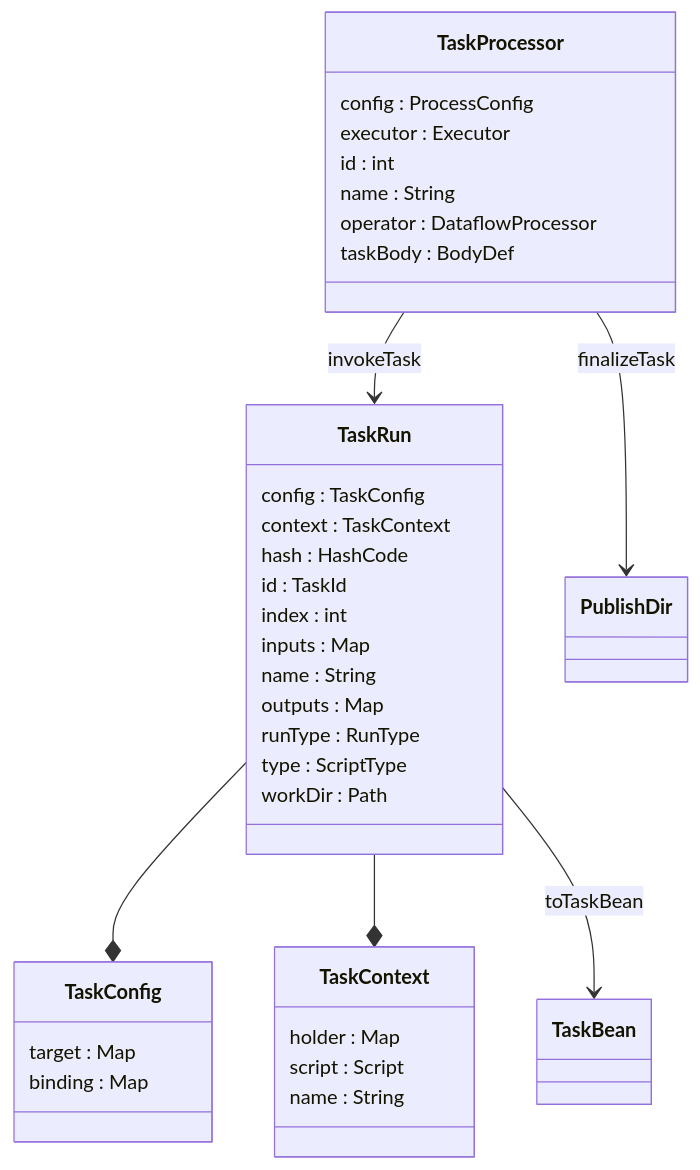
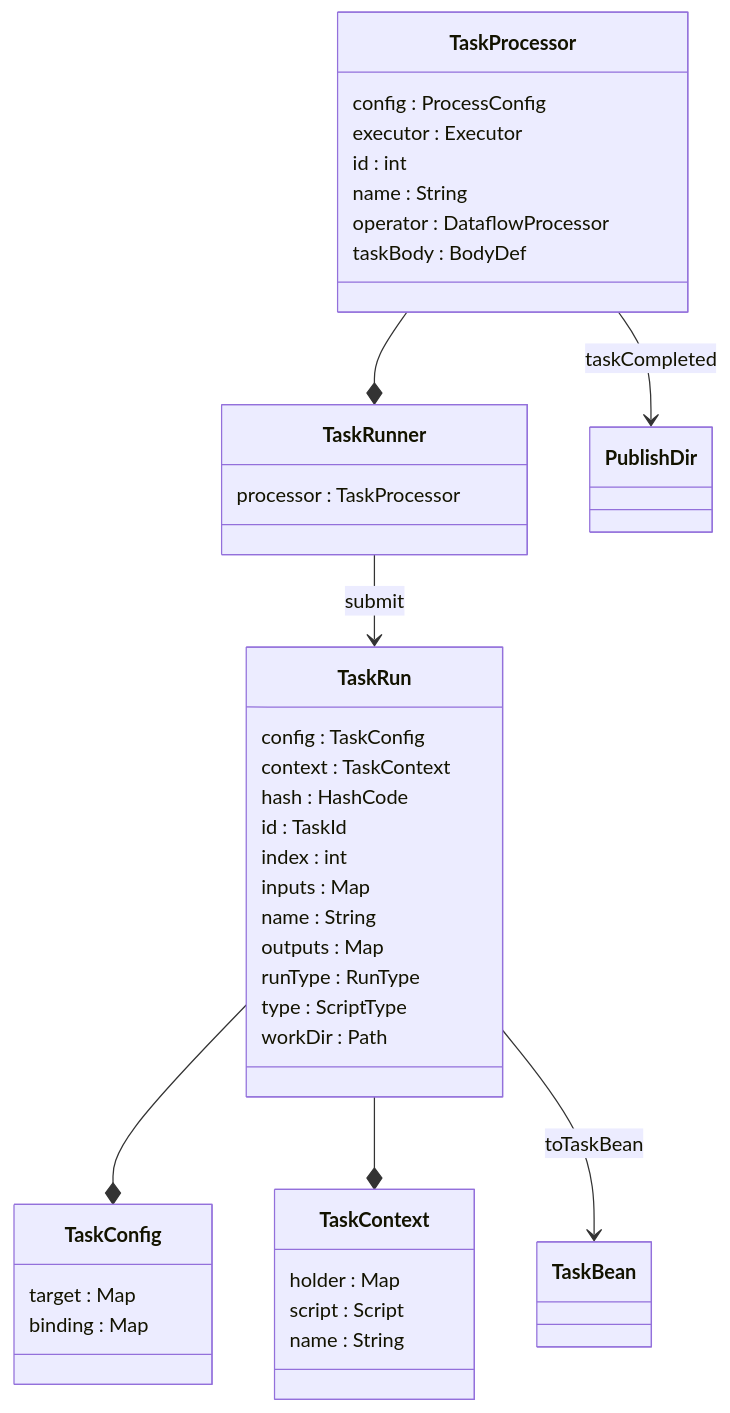
The diagram in docs/developer/diagrams/nextflow.processor.mmd (nextflow-io/nextflow), drawn with Mermaid before and after one commit. The commit also changed 8 other files, not shown here.

```diff
--- a/docs/developer/diagrams/nextflow.processor.mmd
+++ b/docs/developer/diagrams/nextflow.processor.mmd
@@ -1,44 +1,49 @@
 classDiagram
     %%
     %% nextflow.processor
     %%
     %% ProcessDef --> TaskProcessor : run
 
     class TaskProcessor {
         config : ProcessConfig
         executor : Executor
         id : int
         name : String
         operator : DataflowProcessor
         taskBody : BodyDef
     }
-    TaskProcessor --> TaskRun : invokeTask
-    TaskProcessor --> PublishDir : finalizeTask
+    TaskProcessor --* TaskRunner
+    TaskProcessor --> PublishDir : taskCompleted
+
+    class TaskRunner {
+        processor : TaskProcessor
+    }
+    TaskRunner --> TaskRun : submit
 
     class TaskRun {
         config : TaskConfig
         context : TaskContext
         hash : HashCode
         id : TaskId
         index : int
         inputs : Map
         name : String
         outputs : Map
         runType : RunType
         type : ScriptType
         workDir : Path
     }
     TaskRun --* TaskConfig
     TaskRun --* TaskContext
     TaskRun --> TaskBean : toTaskBean
 
     class TaskConfig {
         target : Map
         binding : Map
     }
 
     class TaskContext {
         holder : Map
         script : Script
         name : String
     }
```
